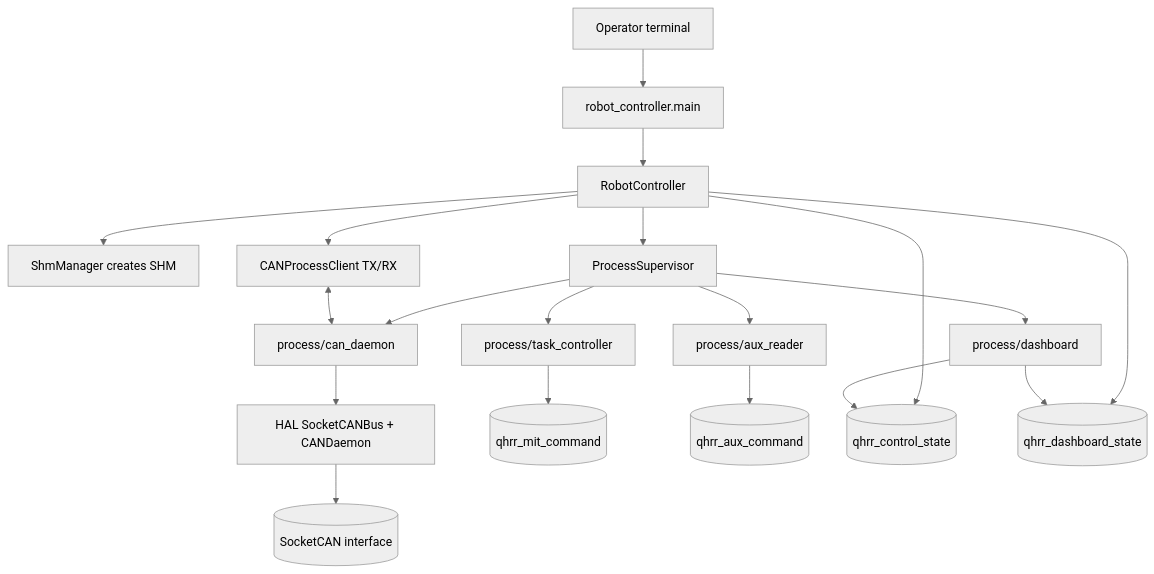
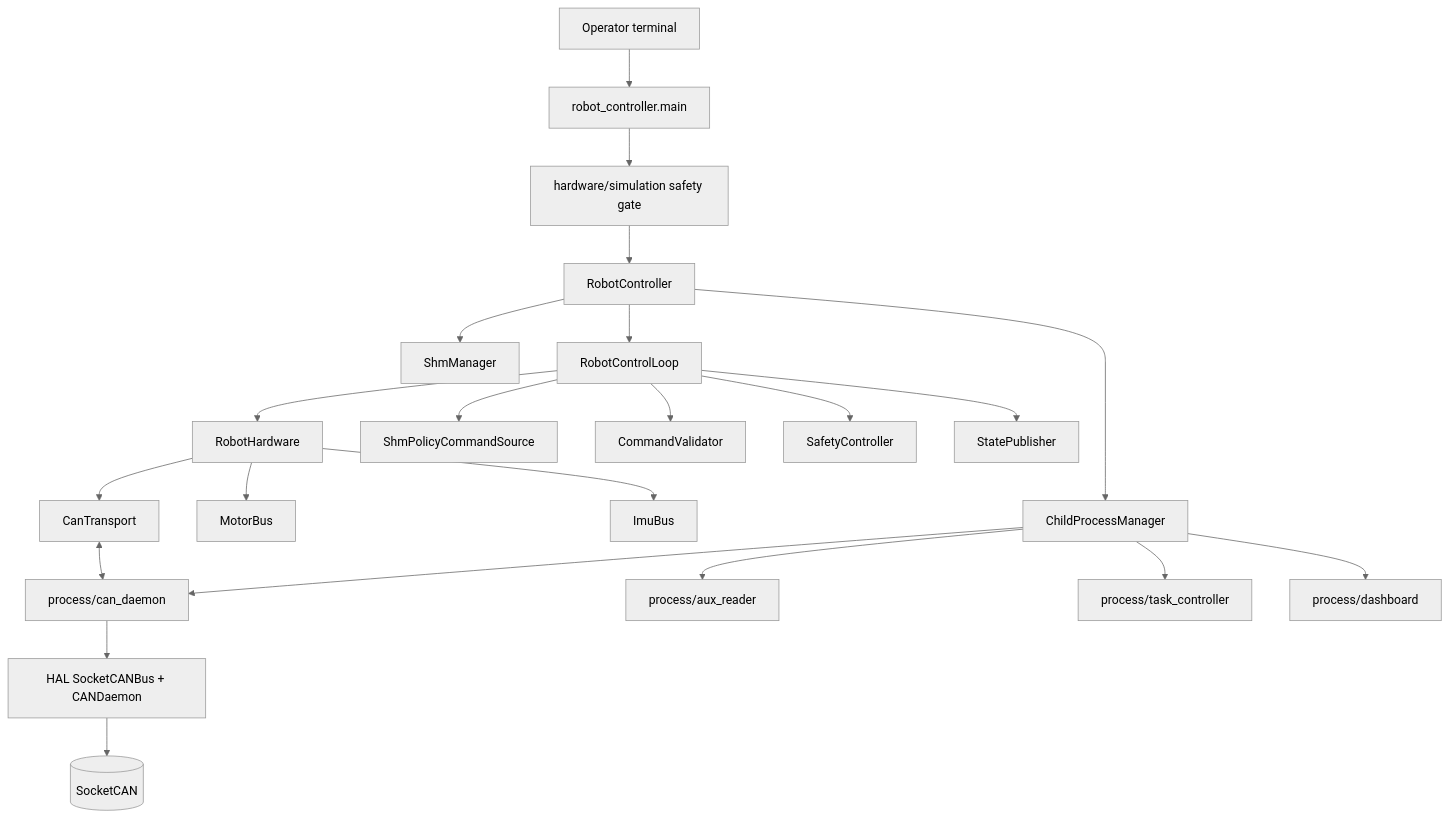
One commit to likesweetie/QHRR0-control changed the first of 3 diagrams in docs/ARCHITECTURE.md. Above: the diagram before and after it, drawn with Mermaid (neutral theme). The commit also changed other lines of this file and 437 other files, not shown here.

````diff
--- a/docs/ARCHITECTURE.md
+++ b/docs/ARCHITECTURE.md
@@ -35,23 +54,27 @@
 ```mermaid
 flowchart TB
-    user[Operator terminal] --> rc[robot_controller.main]
-    rc --> ctrl[RobotController]
-    ctrl --> shm[ShmManager creates SHM]
-    ctrl --> sup[ProcessSupervisor]
-    sup --> canp[process/can_daemon]
-    sup --> aux[process/aux_reader]
-    sup --> task[process/task_controller]
-    sup --> dash[process/dashboard]
+    op[Operator terminal] --> main[robot_controller.main]
+    main --> gate[hardware/simulation safety gate]
+    gate --> rc[RobotController]
+    rc --> shm[ShmManager]
+    rc --> proc[ChildProcessManager]
+    rc --> loop[RobotControlLoop]
 
+    proc --> canp[process/can_daemon]
+    proc --> aux[process/aux_reader]
+    proc --> task[process/task_controller]
+    proc --> dash[process/dashboard]
+
+    loop --> hw[RobotHardware]
+    hw --> motors[MotorBus]
+    hw --> imu[ImuBus]
+    hw --> cantransport[CanTransport]
+    cantransport <--> canp
     canp --> hal[HAL SocketCANBus + CANDaemon]
-    hal --> canif[(SocketCAN interface)]
+    hal --> canif[(SocketCAN)]
 
-    ctrl --> cancli[CANProcessClient TX/RX]
-    cancli <--> canp
-    task --> mitshm[(qhrr_mit_command)]
-    aux --> auxshm[(qhrr_aux_command)]
-    ctrl --> controlshm[(qhrr_control_state)]
-    ctrl --> dashshm[(qhrr_dashboard_state)]
-    dash --> controlshm
-    dash --> dashshm
+    loop --> source[ShmPolicyCommandSource]
+    loop --> validator[CommandValidator]
+    loop --> safety[SafetyController]
+    loop --> publisher[StatePublisher]
 ```
````
